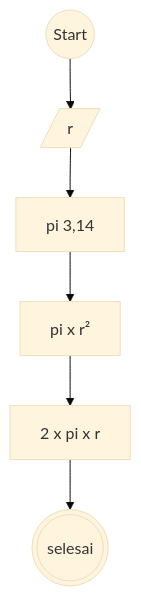
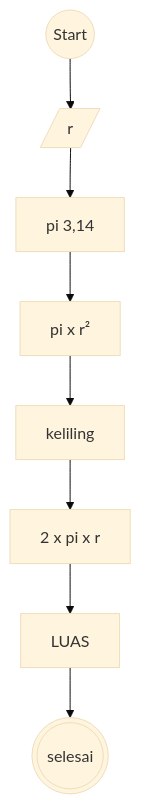
Before and after one commit to Farhan-dev-dot/koda-b10-algoritma: the second of 2 diagrams in README.md, drawn with Mermaid (base theme). The commit also changed other lines of this file and 1 other file, not shown here.

````diff
--- a/README.md
+++ b/README.md
@@ -65,19 +67,23 @@
 ```mermaid
 
 flowchart TD
 
 A@{ shape: circle, label: "Start" }
 B[/r/]
 C[pi 3,14]
 D[ pi x r² ]
-E[ 2 x pi x r ]
-F(((selesai)))
+E[keliling]
+F[ 2 x pi x r ]
+G[LUAS]
+H(((selesai)))
 
 A-->B
 B-->C
 C-->D
 D-->E
 E-->F
+F-->G
+G-->H
 
 
 ```
````
